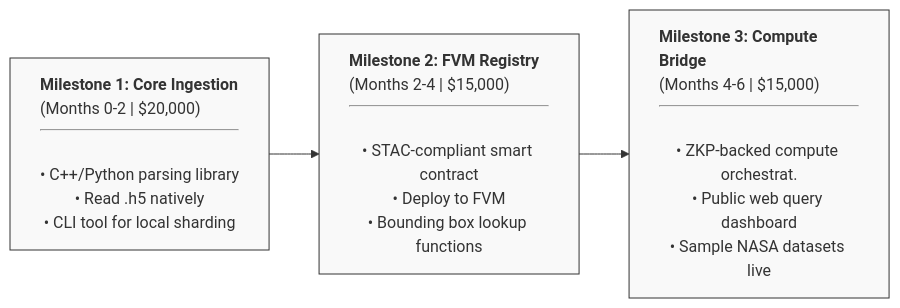
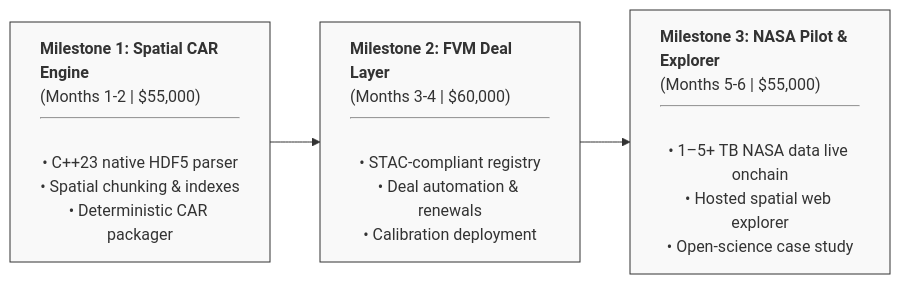
Before and after one commit to jeffsp/DeSDI: the first of 2 diagrams in README.md, drawn with Mermaid. The commit also changed other lines of this file and 5 other files, not shown here.

````diff
--- a/README.md
+++ b/README.md
@@ -81,28 +81,28 @@
 ```mermaid
 flowchart LR
     %% Style definitions
     classDef default fill:#f9f9f9,stroke:#333,stroke-width:1px,text-align:left;
 
-    M1["`**Milestone 1: Core Ingestion**
-    (Months 0-2 | $20,000)
+    M1["`**Milestone 1: Spatial CAR Engine**
+    (Months 1-2 | $55,000)
     <hr>
-    • C++/Python parsing library
-    • Read .h5 natively
-    • CLI tool for local sharding`"]
+    • C++23 native HDF5 parser
+    • Spatial chunking & indexes
+    • Deterministic CAR packager`"]
 
-    M2["`**Milestone 2: FVM Registry**
-    (Months 2-4 | $15,000)
+    M2["`**Milestone 2: FVM Deal Layer**
+    (Months 3-4 | $60,000)
     <hr>
-    • STAC-compliant smart contract
-    • Deploy to FVM
-    • Bounding box lookup functions`"]
+    • STAC-compliant registry
+    • Deal automation & renewals
+    • Calibration deployment`"]
 
-    M3["`**Milestone 3: Compute Bridge**
-    (Months 4-6 | $15,000)
+    M3["`**Milestone 3: NASA Pilot & Explorer**
+    (Months 5-6 | $55,000)
     <hr>
-    • ZKP-backed compute orchestrat.
-    • Public web query dashboard
-    • Sample NASA datasets live`"]
+    • 1–5+ TB NASA data live onchain
+    • Hosted spatial web explorer
+    • Open-science case study`"]
 
     M1 --> M2 --> M3
 ```
````
